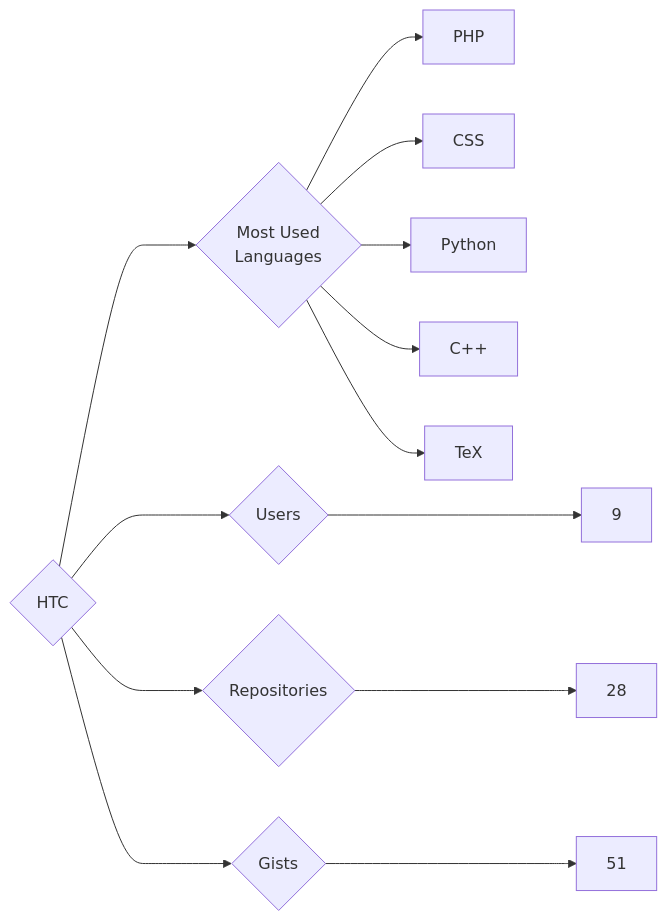
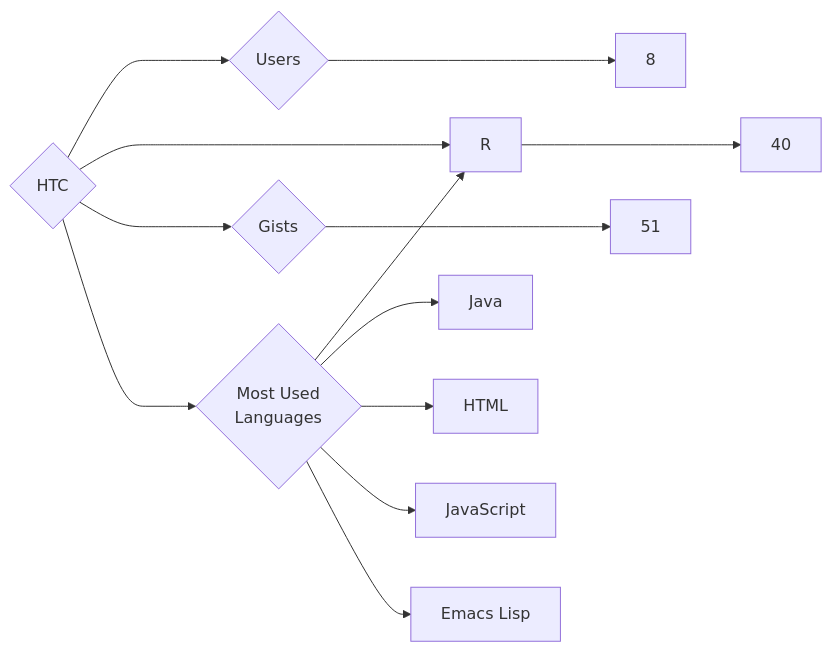
The diagram in targets/HTC/README.md (trickest/insiders), drawn with Mermaid before and after one commit. The commit also changed 935 other files, not shown here.

````diff
--- a/targets/HTC/README.md
+++ b/targets/HTC/README.md
@@ -3,13 +3,13 @@
 ```mermaid
 graph LR
 COMPANY_NAME{HTC}
-COMPANY_NAME ---> U{Users} ---> UN[9]
-COMPANY_NAME ---> R{Repositories} ---> RN[28]
+COMPANY_NAME ---> U{Users} ---> UN[8]
+COMPANY_NAME ---> R{Repositories} ---> RN[40]
 COMPANY_NAME ---> G{Gists} ---> GN[51]
 COMPANY_NAME ---> ML{Most Used<br>Languages}
-ML --> PHP[PHP]
-ML --> CSS[CSS]
-ML --> Python[Python]
-ML --> C++[C++]
-ML --> TeX[TeX]
+ML --> R[R]
+ML --> Java[Java]
+ML --> HTML[HTML]
+ML --> JavaScript[JavaScript]
+ML --> Emacs_Lisp[Emacs Lisp]
 ```
````
